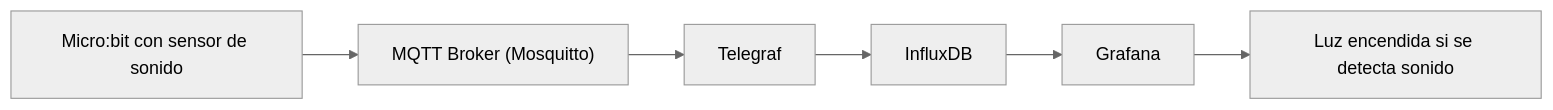
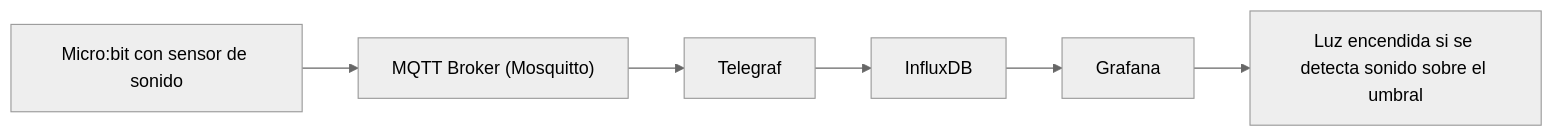
Before and after one commit to Jahziel43/spContent: the diagram in Automatización de luces con sensores de presencia.md, drawn with Mermaid (neutral theme).

Commit message:
Update Automatización de luces con sensores de presencia.md

````diff
--- a/Automatización de luces con sensores de presencia.md
+++ b/Automatización de luces con sensores de presencia.md
@@ -18,8 +18,8 @@
 ```mermaid
 graph LR
   A[Micro:bit con sensor de sonido] --> B["MQTT Broker (Mosquitto)"]
   B --> C[Telegraf]
   C --> D[InfluxDB]
   D --> E[Grafana]
-  E --> F[Luz encendida si se detecta sonido]
+  E --> F[Luz encendida si se detecta sonido sobre el umbral]
  ```
````
